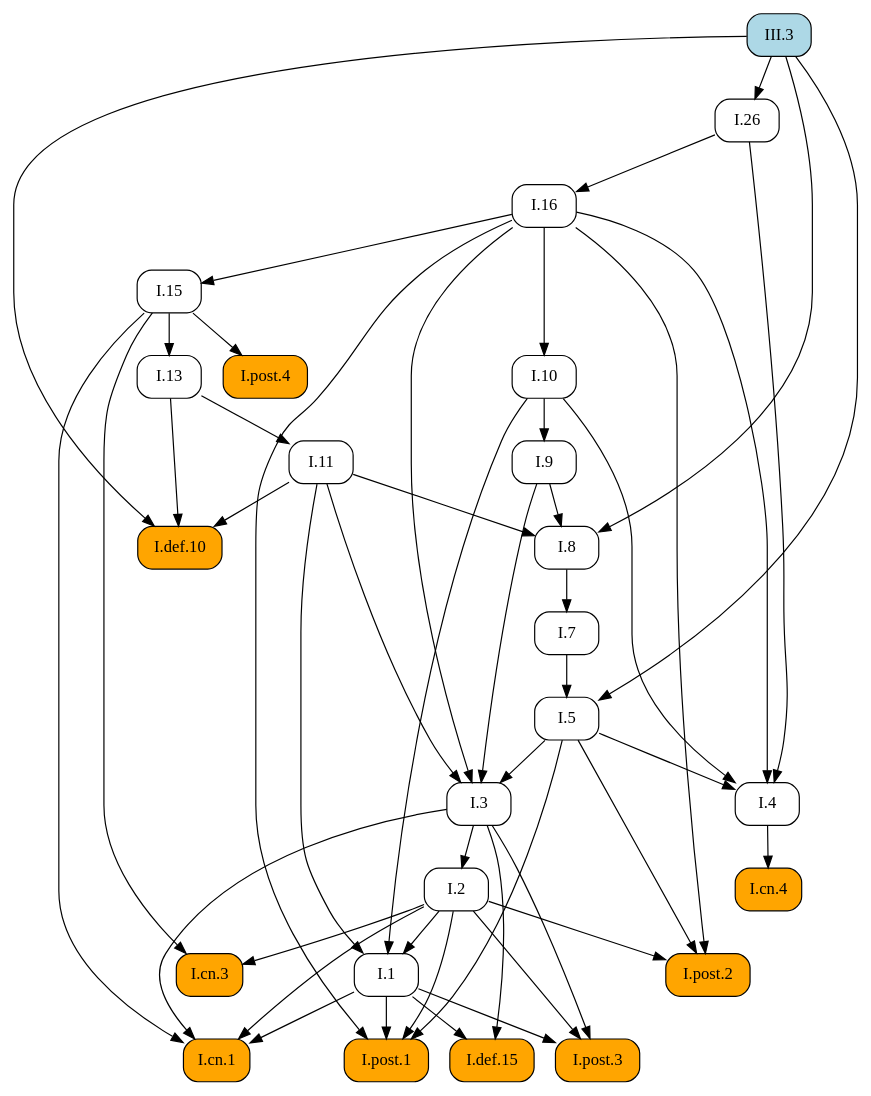
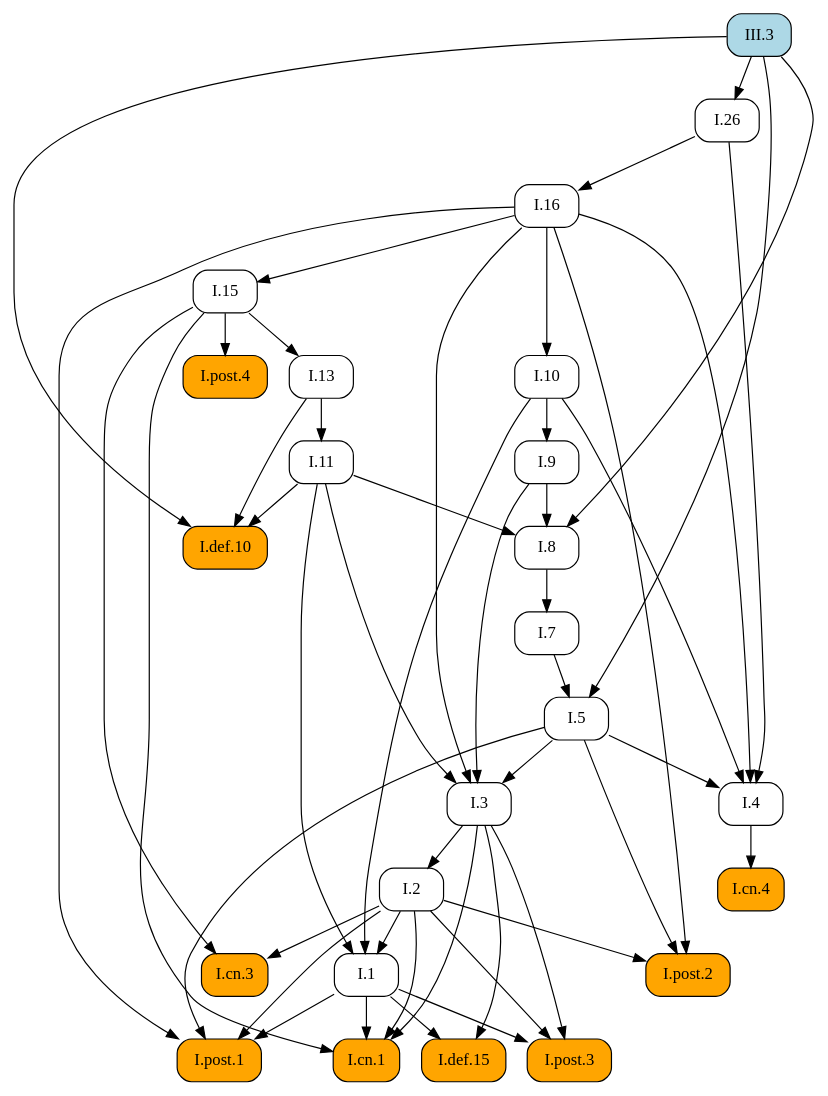
The diagram in docsrc/heath/III/3/index.rst (geometor/elements), drawn with Graphviz before and after one commit. The commit also changed other lines of this file and 484 other files, not shown here.

```diff
--- a/docsrc/heath/III/3/index.rst
+++ b/docsrc/heath/III/3/index.rst
@@ -79,78 +79,78 @@
 .. graphviz::
 
    digraph {
      rankdir="TB";
      node [shape=box, style=rounded];
+     "I.9" [URL="/heath/I/9/", target="_top"];
+     "I.cn.1" [style="rounded,filled", fillcolor=orange, URL="/heath/I/cn.1/", target="_top"];
+     "I.7" [URL="/heath/I/7/", target="_top"];
+     "I.2" [URL="/heath/I/2/", target="_top"];
+     "I.def.15" [style="rounded,filled", fillcolor=orange, URL="/heath/I/def.15/", target="_top"];
+     "I.13" [URL="/heath/I/13/", target="_top"];
+     "I.post.4" [style="rounded,filled", fillcolor=orange, URL="/heath/I/post.4/", target="_top"];
+     "I.4" [URL="/heath/I/4/", target="_top"];
+     "I.1" [URL="/heath/I/1/", target="_top"];
+     "I.post.3" [style="rounded,filled", fillcolor=orange, URL="/heath/I/post.3/", target="_top"];
+     "I.post.1" [style="rounded,filled", fillcolor=orange, URL="/heath/I/post.1/", target="_top"];
+     "I.5" [URL="/heath/I/5/", target="_top"];
+     "I.8" [URL="/heath/I/8/", target="_top"];
+     "III.3" [style="rounded,filled", fillcolor=lightblue, URL="/heath/III/3/", target="_top"];
+     "I.cn.3" [style="rounded,filled", fillcolor=orange, URL="/heath/I/cn.3/", target="_top"];
+     "I.16" [URL="/heath/I/16/", target="_top"];
      "I.def.10" [style="rounded,filled", fillcolor=orange, URL="/heath/I/def.10/", target="_top"];
+     "I.15" [URL="/heath/I/15/", target="_top"];
+     "I.10" [URL="/heath/I/10/", target="_top"];
      "I.11" [URL="/heath/I/11/", target="_top"];
-     "I.post.4" [style="rounded,filled", fillcolor=orange, URL="/heath/I/post.4/", target="_top"];
-     "I.1" [URL="/heath/I/1/", target="_top"];
+     "I.cn.4" [style="rounded,filled", fillcolor=orange, URL="/heath/I/cn.4/", target="_top"];
+     "I.post.2" [style="rounded,filled", fillcolor=orange, URL="/heath/I/post.2/", target="_top"];
      "I.26" [URL="/heath/I/26/", target="_top"];
-     "I.7" [URL="/heath/I/7/", target="_top"];
      "I.3" [URL="/heath/I/3/", target="_top"];
-     "I.2" [URL="/heath/I/2/", target="_top"];
-     "I.4" [URL="/heath/I/4/", target="_top"];
-     "I.13" [URL="/heath/I/13/", target="_top"];
-     "I.post.2" [style="rounded,filled", fillcolor=orange, URL="/heath/I/post.2/", target="_top"];
-     "I.16" [URL="/heath/I/16/", target="_top"];
-     "I.def.15" [style="rounded,filled", fillcolor=orange, URL="/heath/I/def.15/", target="_top"];
-     "I.9" [URL="/heath/I/9/", target="_top"];
-     "I.post.3" [style="rounded,filled", fillcolor=orange, URL="/heath/I/post.3/", target="_top"];
-     "III.3" [style="rounded,filled", fillcolor=lightblue, URL="/heath/III/3/", target="_top"];
-     "I.cn.1" [style="rounded,filled", fillcolor=orange, URL="/heath/I/cn.1/", target="_top"];
-     "I.cn.3" [style="rounded,filled", fillcolor=orange, URL="/heath/I/cn.3/", target="_top"];
-     "I.8" [URL="/heath/I/8/", target="_top"];
-     "I.cn.4" [style="rounded,filled", fillcolor=orange, URL="/heath/I/cn.4/", target="_top"];
-     "I.15" [URL="/heath/I/15/", target="_top"];
-     "I.post.1" [style="rounded,filled", fillcolor=orange, URL="/heath/I/post.1/", target="_top"];
-     "I.10" [URL="/heath/I/10/", target="_top"];
-     "I.5" [URL="/heath/I/5/", target="_top"];
+     "I.10" -> "I.9";
+     "I.1" -> "I.cn.1";
+     "I.2" -> "I.cn.1";
+     "I.3" -> "I.cn.1";
+     "I.15" -> "I.cn.1";
+     "I.8" -> "I.7";
+     "I.3" -> "I.2";
+     "I.1" -> "I.def.15";
+     "I.3" -> "I.def.15";
+     "I.15" -> "I.13";
+     "I.15" -> "I.post.4";
+     "I.5" -> "I.4";
+     "I.10" -> "I.4";
+     "I.16" -> "I.4";
+     "I.26" -> "I.4";
+     "I.2" -> "I.1";
+     "I.10" -> "I.1";
+     "I.11" -> "I.1";
+     "I.1" -> "I.post.3";
+     "I.2" -> "I.post.3";
+     "I.3" -> "I.post.3";
+     "I.1" -> "I.post.1";
+     "I.2" -> "I.post.1";
+     "I.5" -> "I.post.1";
+     "I.16" -> "I.post.1";
+     "I.7" -> "I.5";
+     "III.3" -> "I.5";
+     "I.9" -> "I.8";
+     "I.11" -> "I.8";
+     "III.3" -> "I.8";
+     "I.2" -> "I.cn.3";
+     "I.15" -> "I.cn.3";
+     "I.26" -> "I.16";
      "I.11" -> "I.def.10";
      "I.13" -> "I.def.10";
      "III.3" -> "I.def.10";
+     "I.16" -> "I.15";
+     "I.16" -> "I.10";
      "I.13" -> "I.11";
-     "I.15" -> "I.post.4";
-     "I.2" -> "I.1";
-     "I.10" -> "I.1";
-     "I.11" -> "I.1";
+     "I.4" -> "I.cn.4";
+     "I.2" -> "I.post.2";
+     "I.5" -> "I.post.2";
+     "I.16" -> "I.post.2";
      "III.3" -> "I.26";
-     "I.8" -> "I.7";
      "I.5" -> "I.3";
      "I.9" -> "I.3";
      "I.11" -> "I.3";
      "I.16" -> "I.3";
-     "I.3" -> "I.2";
-     "I.5" -> "I.4";
-     "I.10" -> "I.4";
-     "I.16" -> "I.4";
-     "I.26" -> "I.4";
-     "I.15" -> "I.13";
-     "I.2" -> "I.post.2";
-     "I.5" -> "I.post.2";
-     "I.16" -> "I.post.2";
-     "I.26" -> "I.16";
-     "I.1" -> "I.def.15";
-     "I.3" -> "I.def.15";
-     "I.10" -> "I.9";
-     "I.1" -> "I.post.3";
-     "I.2" -> "I.post.3";
-     "I.3" -> "I.post.3";
-     "I.1" -> "I.cn.1";
-     "I.2" -> "I.cn.1";
-     "I.3" -> "I.cn.1";
-     "I.15" -> "I.cn.1";
-     "I.2" -> "I.cn.3";
-     "I.15" -> "I.cn.3";
-     "I.9" -> "I.8";
-     "I.11" -> "I.8";
-     "III.3" -> "I.8";
-     "I.4" -> "I.cn.4";
-     "I.16" -> "I.15";
-     "I.1" -> "I.post.1";
-     "I.2" -> "I.post.1";
-     "I.5" -> "I.post.1";
-     "I.16" -> "I.post.1";
-     "I.16" -> "I.10";
-     "I.7" -> "I.5";
-     "III.3" -> "I.5";
    }
```
